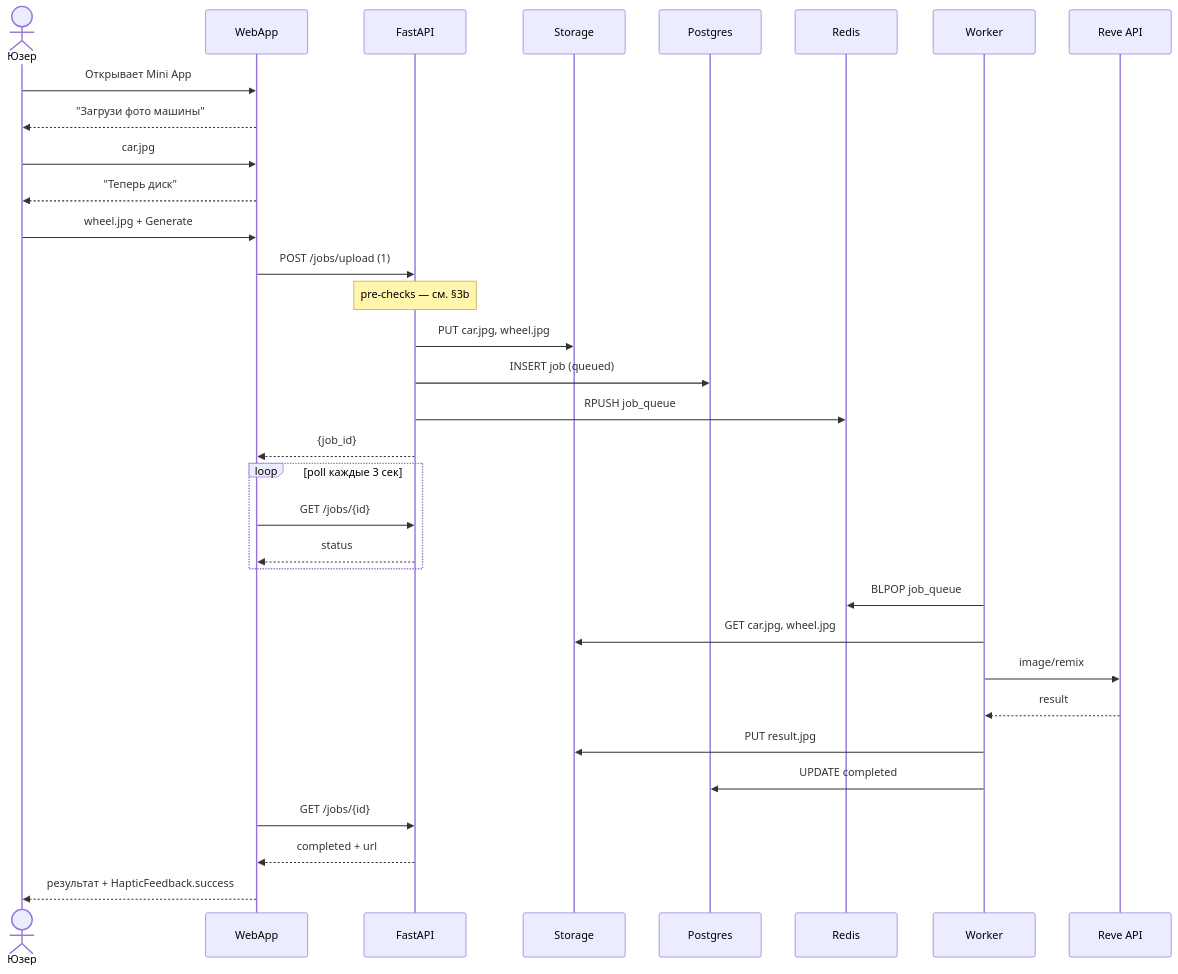
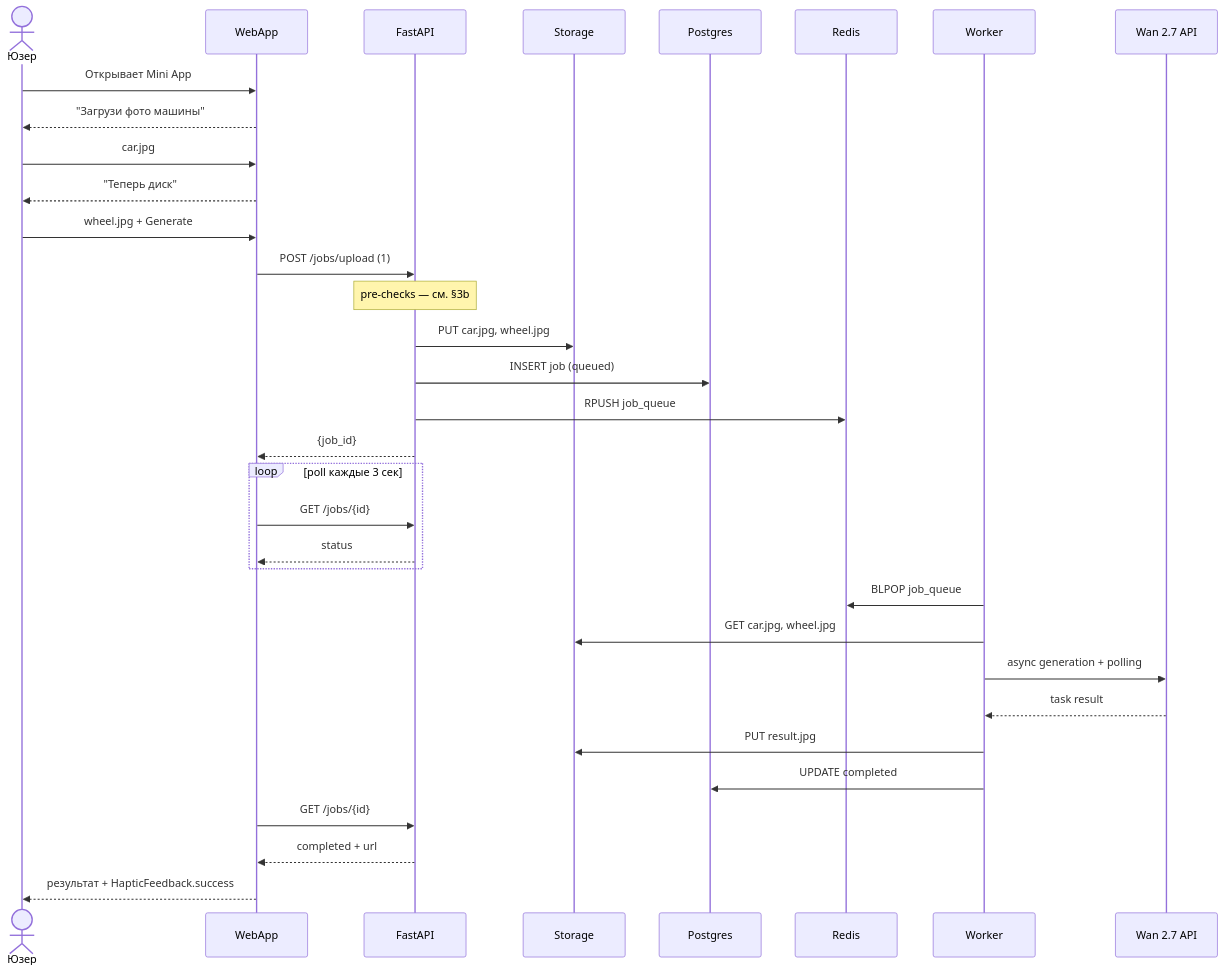
One commit to NickElixir/dream-wheels-ai changed the fourth of 8 diagrams in docs/architecture.md. Above: the diagram before and after it, drawn with Mermaid. The commit also changed other lines of this file and 28 other files, not shown here.

First line of the commit message:
feat: integrate Wan generation provider runtime

````diff
--- a/docs/architecture.md
+++ b/docs/architecture.md
@@ -164,40 +164,40 @@
 ```mermaid
 sequenceDiagram
     actor U as Юзер
     participant W as WebApp
     participant A as FastAPI
     participant S as Storage
     participant DB as Postgres
     participant R as Redis
     participant Wk as Worker
-    participant Reve as Reve API
+    participant Wan as Wan 2.7 API
 
     U->>W: Открывает Mini App
     W-->>U: "Загрузи фото машины"
     U->>W: car.jpg
     W-->>U: "Теперь диск"
     U->>W: wheel.jpg + Generate
 
     W->>A: POST /jobs/upload (1)
     Note over A: pre-checks — см. §3b
     A->>S: PUT car.jpg, wheel.jpg
     A->>DB: INSERT job (queued)
     A->>R: RPUSH job_queue
     A-->>W: {job_id}
 
     loop poll каждые 3 сек
         W->>A: GET /jobs/{id}
         A-->>W: status
     end
 
     Wk->>R: BLPOP job_queue
     Wk->>S: GET car.jpg, wheel.jpg
-    Wk->>Reve: image/remix
-    Reve-->>Wk: result
+    Wk->>Wan: async generation + polling
+    Wan-->>Wk: task result
     Wk->>S: PUT result.jpg
     Wk->>DB: UPDATE completed
 
     W->>A: GET /jobs/{id}
     A-->>W: completed + url
     W-->>U: результат + HapticFeedback.success
 ```
````
